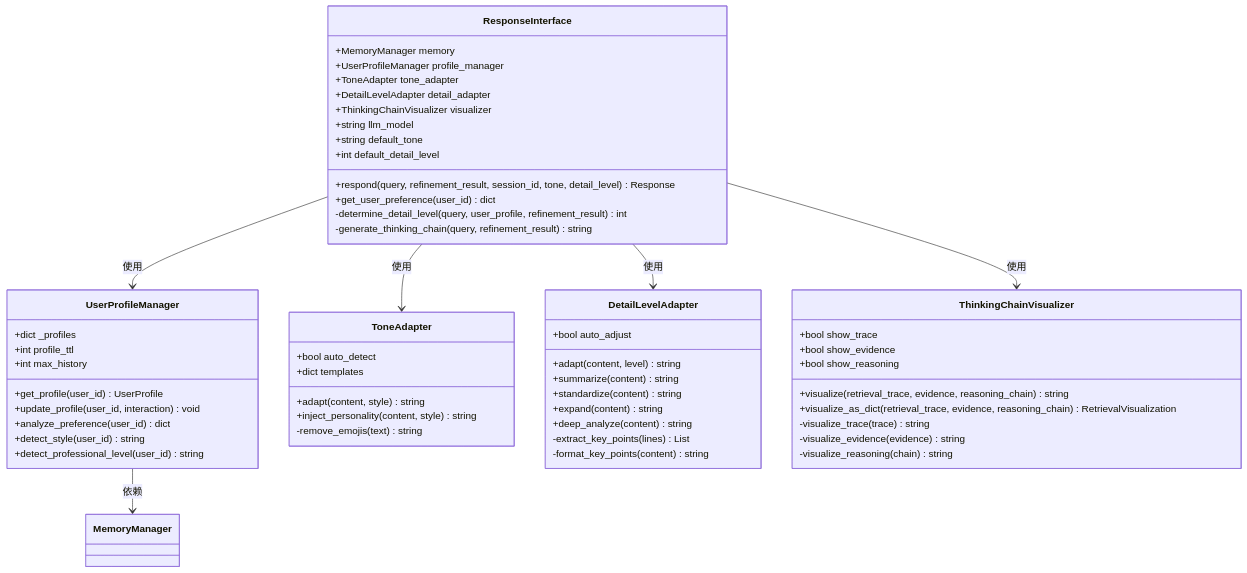
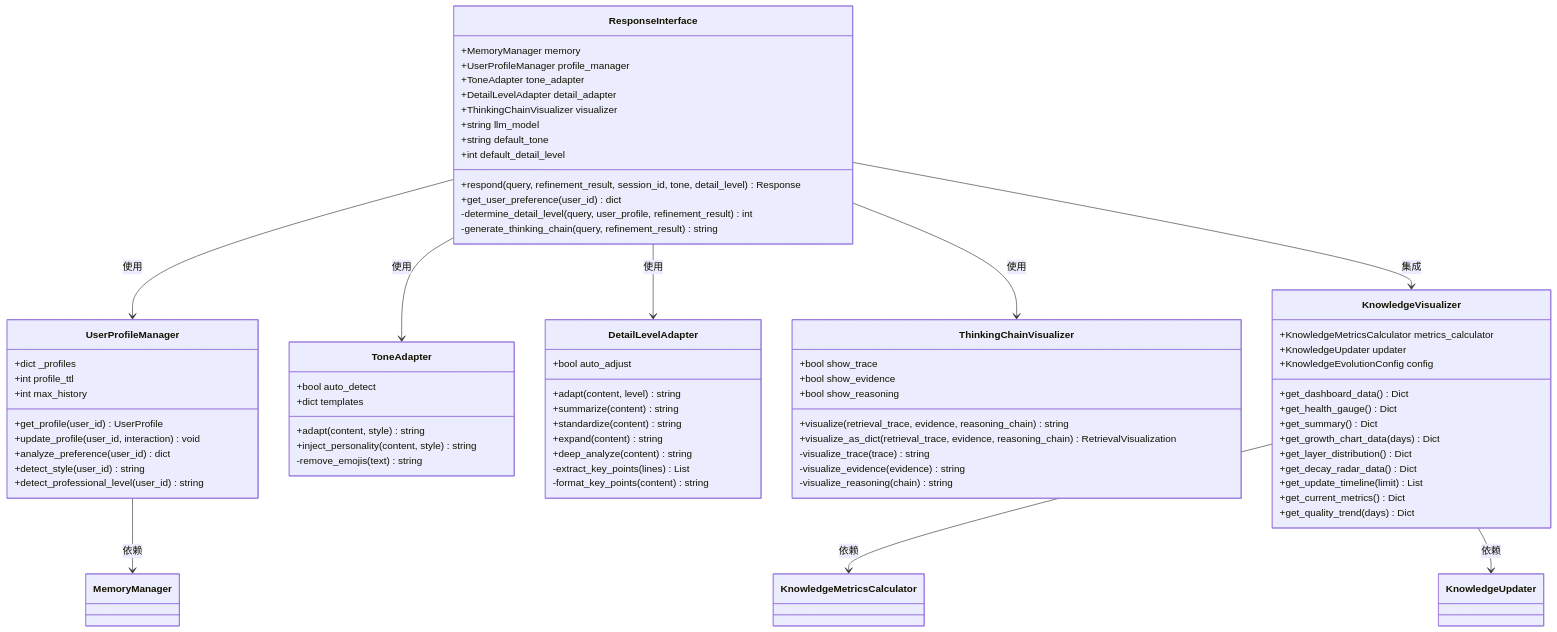
The third of 9 diagrams in .qoder/repowiki/zh/content/响应接口/响应接口.md (JieGaoPrinceton/NecoRAG), drawn with Mermaid before and after one commit. The commit also changed other lines of this file and 15 other files, not shown here.

````diff
--- a/.qoder/repowiki/zh/content/响应接口/响应接口.md
+++ b/.qoder/repowiki/zh/content/响应接口/响应接口.md
@@ -168,59 +214,76 @@
 ```mermaid
 classDiagram
 class ResponseInterface {
 +MemoryManager memory
 +UserProfileManager profile_manager
 +ToneAdapter tone_adapter
 +DetailLevelAdapter detail_adapter
 +ThinkingChainVisualizer visualizer
 +string llm_model
 +string default_tone
 +int default_detail_level
 +respond(query, refinement_result, session_id, tone, detail_level) Response
 +get_user_preference(user_id) dict
 -determine_detail_level(query, user_profile, refinement_result) int
 -generate_thinking_chain(query, refinement_result) string
 }
 class UserProfileManager {
 +dict _profiles
 +int profile_ttl
 +int max_history
 +get_profile(user_id) UserProfile
 +update_profile(user_id, interaction) void
 +analyze_preference(user_id) dict
 +detect_style(user_id) string
 +detect_professional_level(user_id) string
 }
 class ToneAdapter {
 +bool auto_detect
 +dict templates
 +adapt(content, style) string
 +inject_personality(content, style) string
 -remove_emojis(text) string
 }
 class DetailLevelAdapter {
 +bool auto_adjust
 +adapt(content, level) string
 +summarize(content) string
 +standardize(content) string
 +expand(content) string
 +deep_analyze(content) string
 -extract_key_points(lines) List
 -format_key_points(content) string
 }
 class ThinkingChainVisualizer {
 +bool show_trace
 +bool show_evidence
 +bool show_reasoning
 +visualize(retrieval_trace, evidence, reasoning_chain) string
 +visualize_as_dict(retrieval_trace, evidence, reasoning_chain) RetrievalVisualization
 -visualize_trace(trace) string
 -visualize_evidence(evidence) string
 -visualize_reasoning(chain) string
 }
+class KnowledgeVisualizer {
++KnowledgeMetricsCalculator metrics_calculator
++KnowledgeUpdater updater
++KnowledgeEvolutionConfig config
++get_dashboard_data() Dict
++get_health_gauge() Dict
++get_summary() Dict
++get_growth_chart_data(days) Dict
++get_layer_distribution() Dict
++get_decay_radar_data() Dict
++get_update_timeline(limit) List
++get_current_metrics() Dict
++get_quality_trend(days) Dict
+}
 ResponseInterface --> UserProfileManager : 使用
 ResponseInterface --> ToneAdapter : 使用
 ResponseInterface --> DetailLevelAdapter : 使用
 ResponseInterface --> ThinkingChainVisualizer : 使用
+ResponseInterface --> KnowledgeVisualizer : 集成
 UserProfileManager --> MemoryManager : 依赖
+KnowledgeVisualizer --> KnowledgeMetricsCalculator : 依赖
+KnowledgeVisualizer --> KnowledgeUpdater : 依赖
 ```
````
